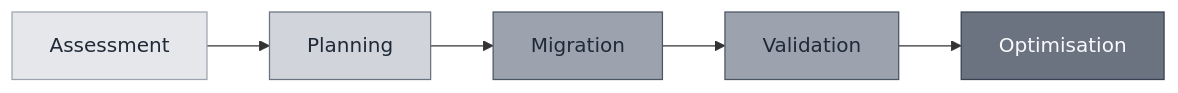
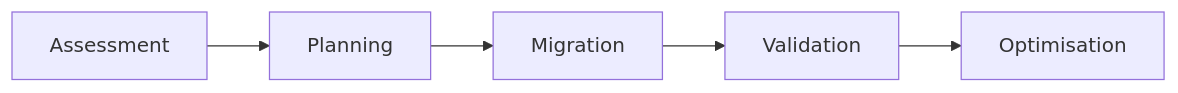
One commit to Geonitab/architecture_as_code changed the diagram in docs/images/diagram_19_kapitel17.mmd. Above: the diagram before and after it, drawn with Mermaid. The commit also changed 46 other files, not shown here.

Commit message:
Align Mermaid visuals with accessible Kvadrat theme

```diff
--- a/docs/images/diagram_19_kapitel17.mmd
+++ b/docs/images/diagram_19_kapitel17.mmd
@@ -1,11 +1,5 @@
 flowchart LR
-    A[Assessment] --> B[Planning]
-    B --> C[Migration]
-    C --> D[Validation]
-    D --> E[Optimisation]
-    
-    style A fill:#e5e7eb,stroke:#9ca3af,color:#1f2937
-    style B fill:#d1d5db,stroke:#6b7280,color:#1f2937
-    style C fill:#9ca3af,stroke:#4b5563,color:#1f2937
-    style D fill:#9ca3af,stroke:#4b5563,color:#1f2937
-    style E fill:#6b7280,stroke:#374151,color:#f9fafb
+    A[Assessment]:::kv-muted --> B[Planning]:::kv-highlight
+    B --> C[Migration]:::kv-accent
+    C --> D[Validation]:::kv-accent
+    D --> E[Optimisation]:::kv-primary
```
